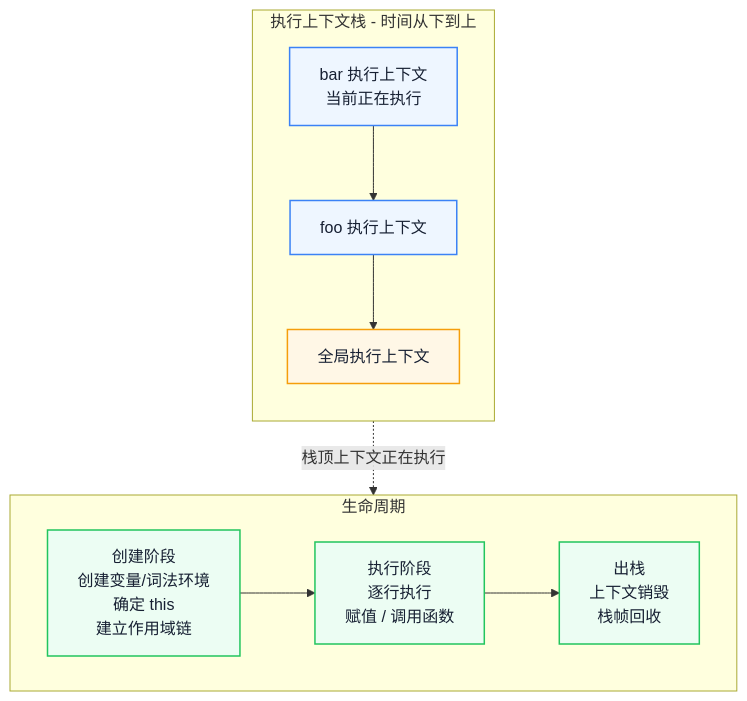
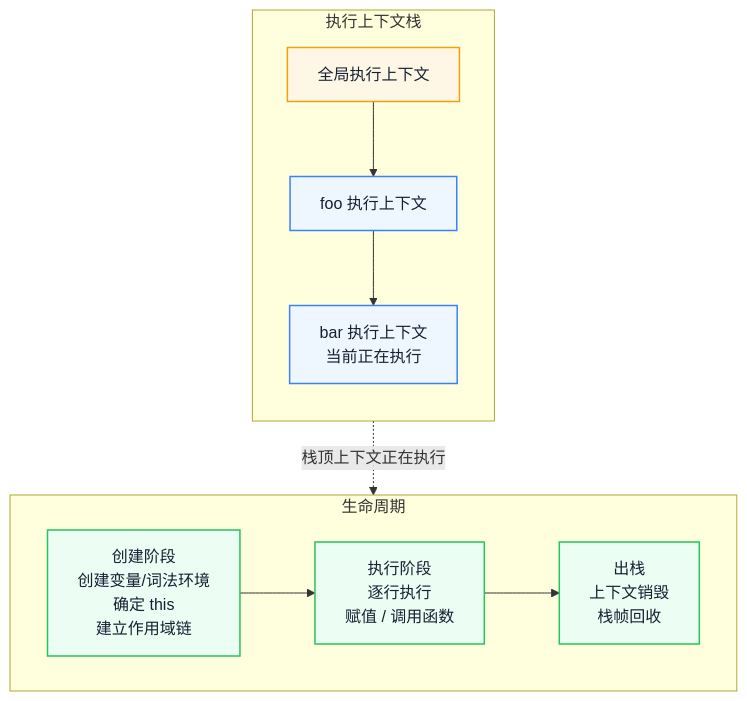
One commit to Fatejian/frontier-vault changed the first of 3 diagrams in docs/javascript/execution-context-closure.md. Above: the diagram before and after it, drawn with Mermaid. The commit also changed other lines of this file and 41 other files, not shown here.

````diff
--- a/docs/javascript/execution-context-closure.md
+++ b/docs/javascript/execution-context-closure.md
@@ -73,25 +62,24 @@
 ```mermaid
-%%{init: {'theme': 'base', 'themeVariables': { 'fontFamily': 'Inter, PingFang SC, Microsoft YaHei, sans-serif', 'primaryColor': '#EEF6FF', 'primaryTextColor': '#172033', 'primaryBorderColor': '#6EA8FE', 'lineColor': '#8A94A6', 'secondaryColor': '#F7F9FC', 'tertiaryColor': '#FFF7E6, 'fontSize': '13px'}}}%%
 flowchart TB
-    subgraph Stack["执行上下文栈 - 时间从下到上"]
+    subgraph Stack["执行上下文栈"]
         direction TB
-        S4[bar 执行上下文<br/>当前正在执行]
-        S3[foo 执行上下文]
-        S2[全局执行上下文]
-        S4 --> S3 --> S2
+        S2["全局执行上下文"]
+        S3["foo 执行上下文"]
+        S4["bar 执行上下文<br/>当前正在执行"]
+        S2 --> S3 --> S4
     end
 
-    subgraph Lifecycle[生命周期]
+    subgraph Lifecycle["生命周期"]
         direction LR
         L1["创建阶段<br/>创建变量/词法环境<br/>确定 this<br/>建立作用域链"] --> L2["执行阶段<br/>逐行执行<br/>赋值 / 调用函数"] --> L3["出栈<br/>上下文销毁<br/>栈帧回收"]
     end
 
-    Stack -. 栈顶上下文正在执行 .-> Lifecycle
+    Stack -. "栈顶上下文正在执行" .-> Lifecycle
 
-    classDef ctx fill:#EEF6FF,stroke:#3B82F6,color:#172033,stroke-width:1.5px;
-    classDef global fill:#FFF7E6,stroke:#F59E0B,color:#172033,stroke-width:1.5px;
-    classDef phase fill:#ECFDF3,stroke:#22C55E,color:#172033,stroke-width:1.5px;
-    class S4,S3 ctx;
-    class S2 global;
-    class L1,L2,L3 phase;
+    classDef wait fill:#EEF6FF,stroke:#3B82F6,color:#172033,stroke-width:1.5px;
+    classDef block fill:#FFF7E6,stroke:#F59E0B,color:#172033,stroke-width:1.5px;
+    classDef work fill:#ECFDF3,stroke:#22C55E,color:#172033,stroke-width:1.5px;
+    class S3,S4 wait;
+    class S2 block;
+    class L1,L2,L3 work;
 ```
````
